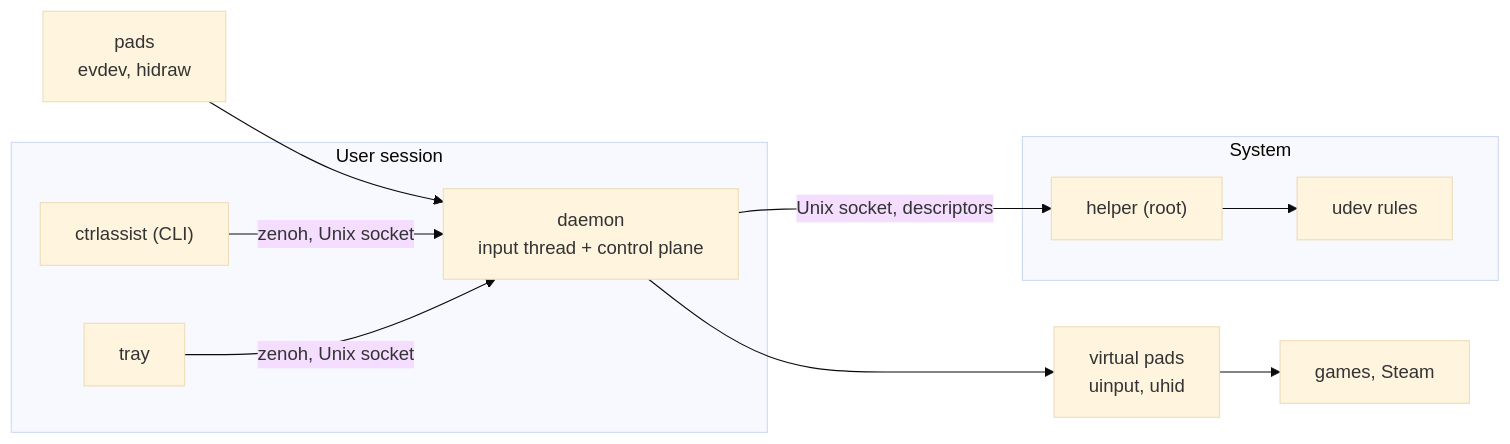
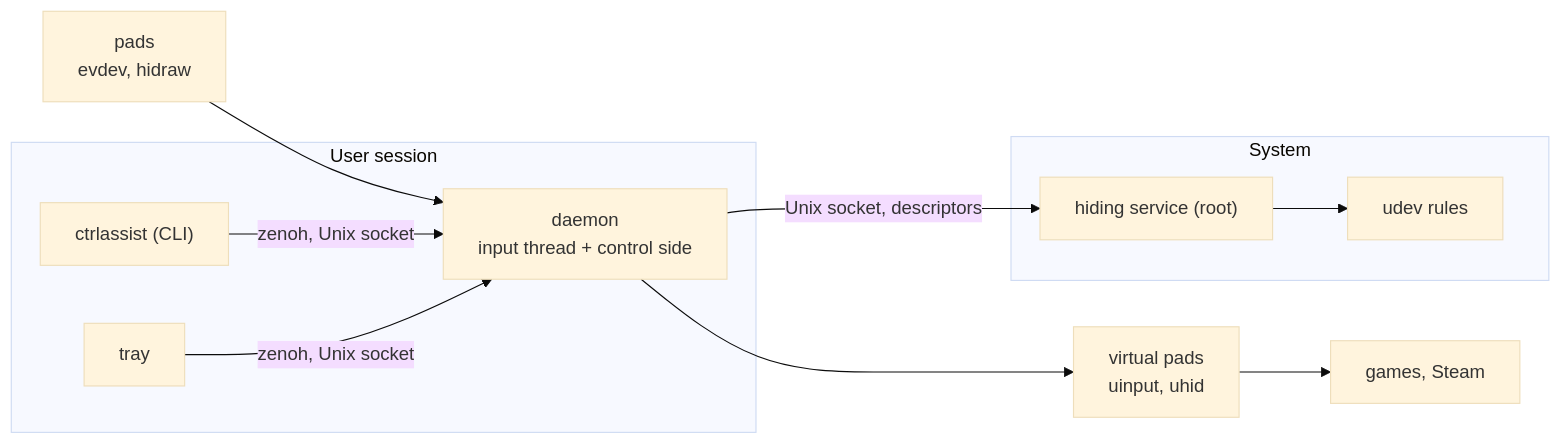
Before and after one commit to ruffsl/CtrlAssist: the first of 2 diagrams in docs/architecture.md, drawn with Mermaid (base theme). The commit also changed other lines of this file and 22 other files, not shown here.

First line of the commit message:
docs: fold the review and findings into the architecture; add concerns and ideas

````diff
--- a/docs/architecture.md
+++ b/docs/architecture.md
@@ -25,19 +34,19 @@
 ```mermaid
 flowchart LR
     subgraph user["User session"]
         cli["ctrlassist (CLI)"]
         tray["tray"]
-        daemon["daemon<br>input thread + control plane"]
+        daemon["daemon<br>input thread + control side"]
     end
     subgraph system["System"]
-        helper["helper (root)"]
+        hider["hiding service (root)"]
         udev["udev rules"]
     end
     pads["pads<br>evdev, hidraw"] --> daemon
     daemon --> vpads["virtual pads<br>uinput, uhid"]
     vpads --> games["games, Steam"]
-    cli -- zenoh, Unix socket --> daemon
-    tray -- zenoh, Unix socket --> daemon
-    daemon -- "Unix socket, descriptors" --> helper
-    helper --> udev
+    cli -- "zenoh, Unix socket" --> daemon
+    tray -- "zenoh, Unix socket" --> daemon
+    daemon -- "Unix socket, descriptors" --> hider
+    hider --> udev
 ```
````
